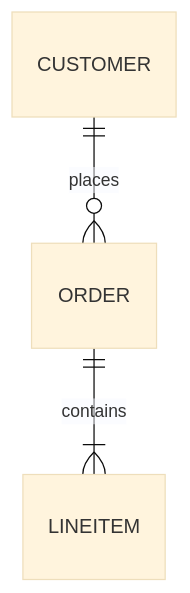
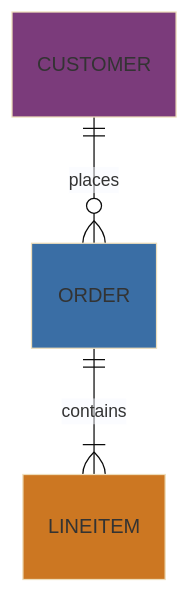
The third of 5 diagrams in docs/docs-create.md (asynkron/CobolDemo-GITST), drawn with Mermaid (base theme) before and after one commit. The commit also changed other lines of this file and 7 other files, not shown here.

Commit message:
Add accent fills to documentation mermaid diagrams

````diff
--- a/docs/docs-create.md
+++ b/docs/docs-create.md
@@ -62,5 +71,9 @@
 ```mermaid
 erDiagram
   CUSTOMER ||--o{ ORDER : places
   ORDER ||--|{ LINEITEM : contains
+  %% Accentuate the core entities in the sample ERD.
+  style CUSTOMER fill:#7B3B7B
+  style ORDER fill:#3A6EA5
+  style LINEITEM fill:#CC7722
 ```
````
